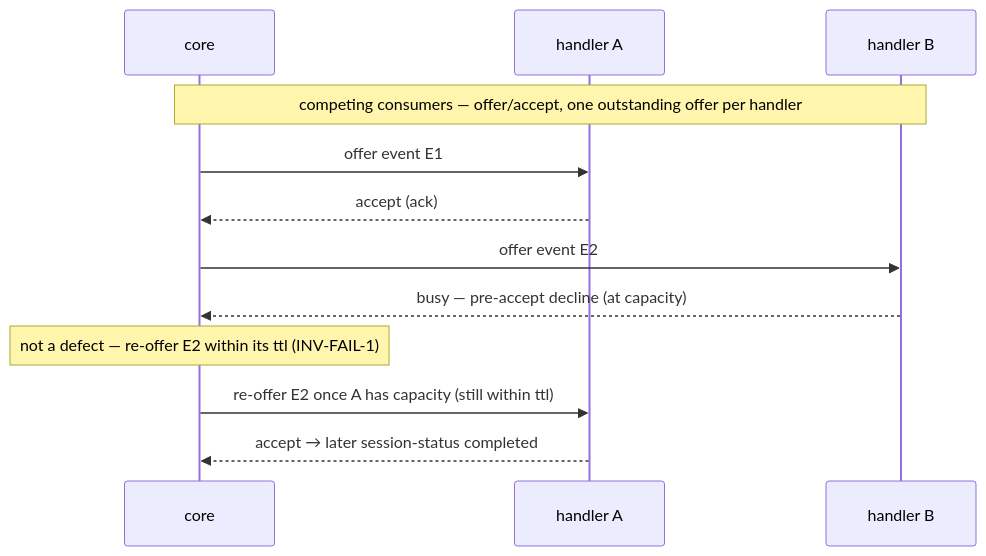
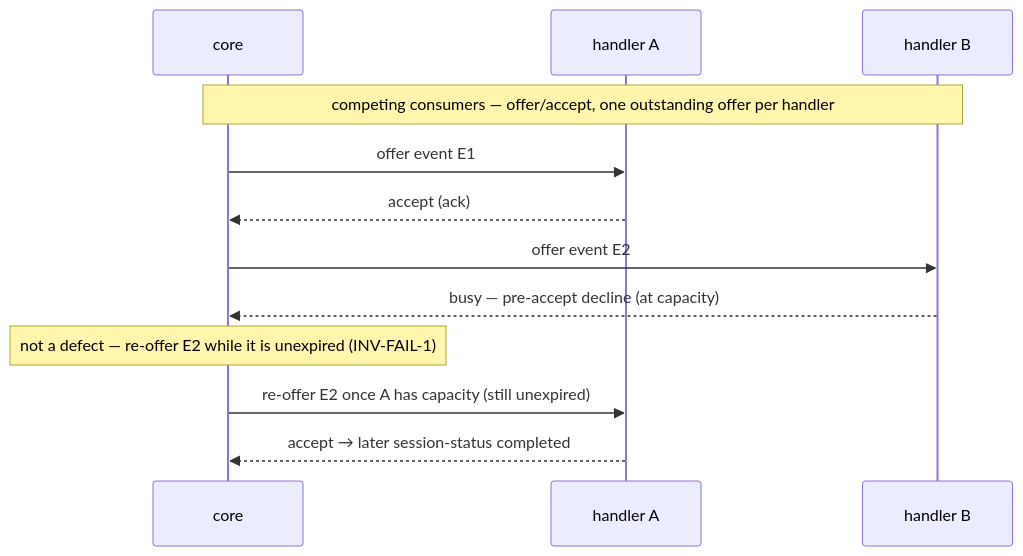
One commit to phillipgreenii/nix-agent-support changed the second of 2 diagrams in packages/pr-pool/docs/behavior/invariants.md. Above: the diagram before and after it, drawn with Mermaid. The commit also changed other lines of this file and 11 other files, not shown here.

````diff
--- a/packages/pr-pool/docs/behavior/invariants.md
+++ b/packages/pr-pool/docs/behavior/invariants.md
@@ -101,14 +126,14 @@
 ```mermaid
 sequenceDiagram
     participant Core as core
     participant A as handler A
     participant B as handler B
     Note over Core,B: competing consumers — offer/accept, one outstanding offer per handler
     Core->>A: offer event E1
     A-->>Core: accept (ack)
     Core->>B: offer event E2
     B-->>Core: busy — pre-accept decline (at capacity)
-    Note over Core: not a defect — re-offer E2 within its ttl (INV-FAIL-1)
-    Core->>A: re-offer E2 once A has capacity (still within ttl)
+    Note over Core: not a defect — re-offer E2 while it is unexpired (INV-FAIL-1)
+    Core->>A: re-offer E2 once A has capacity (still unexpired)
     A-->>Core: accept → later session-status completed
 ```
````
